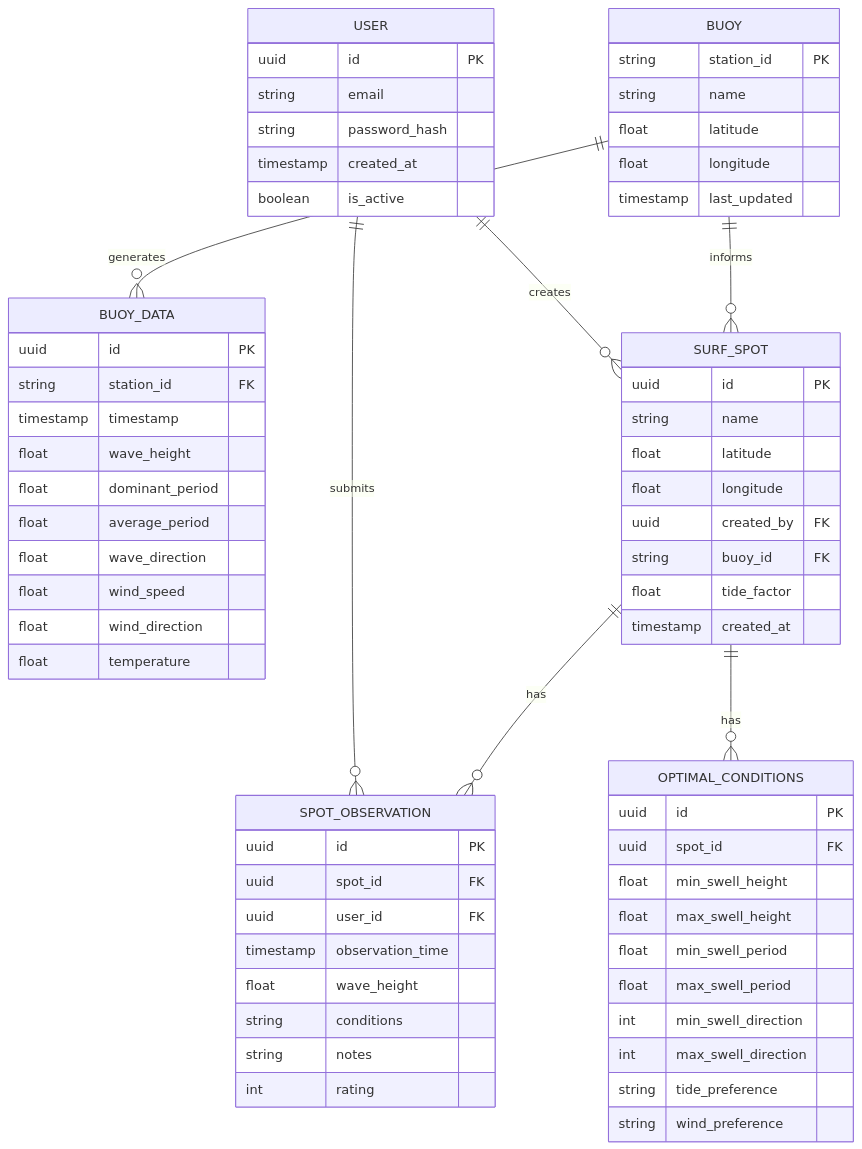
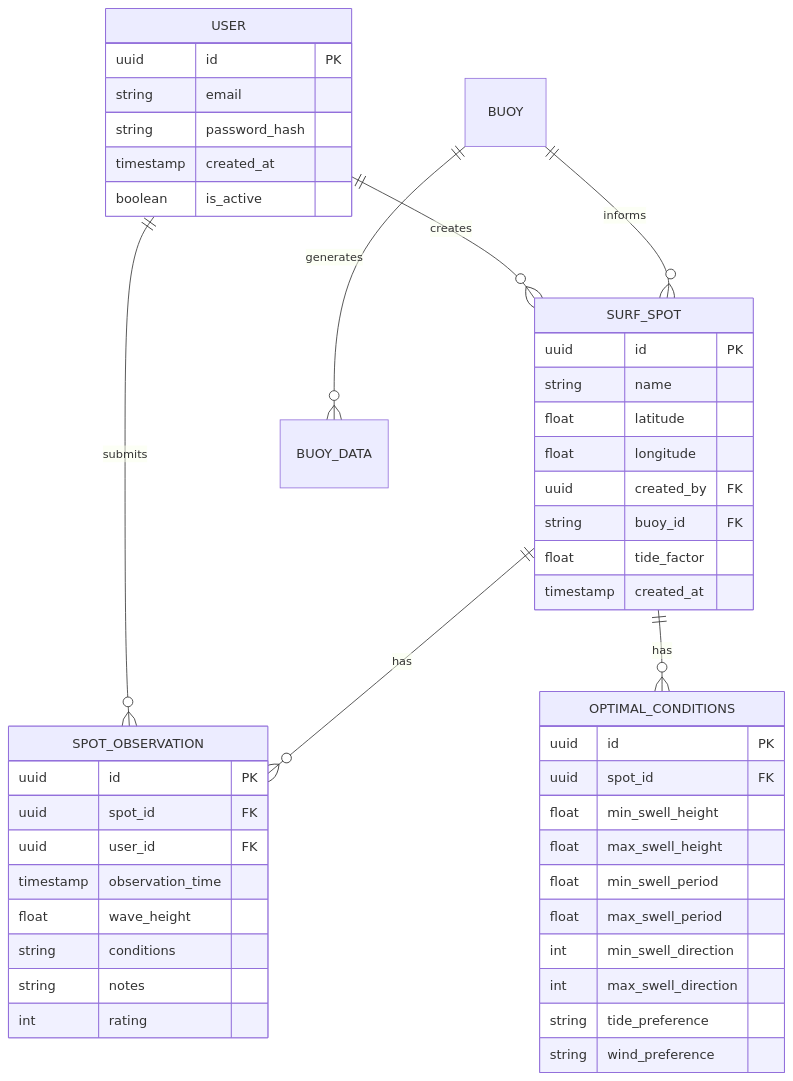
One commit to JoshFarwig/nana-nalu changed the second of 5 diagrams in docs/surf_app_architecture.md. Above: the diagram before and after it, drawn with Mermaid. The commit also changed other lines of this file and 3 other files, not shown here.

````diff
--- a/docs/surf_app_architecture.md
+++ b/docs/surf_app_architecture.md
@@ -64,73 +63,52 @@
 ```mermaid
 erDiagram
     USER {
         uuid id PK
         string email
         string password_hash
         timestamp created_at
         boolean is_active
-    }
-    
-    BUOY {
-        string station_id PK
-        string name
-        float latitude
-        float longitude
-        timestamp last_updated
-    }
-    
-    BUOY_DATA {
-        uuid id PK
-        string station_id FK
-        timestamp timestamp
-        float wave_height
-        float dominant_period
-        float average_period
-        float wave_direction
-        float wind_speed
-        float wind_direction
-        float temperature
     }
     
     SURF_SPOT {
         uuid id PK
         string name
         float latitude
         float longitude
         uuid created_by FK
         string buoy_id FK
         float tide_factor
         timestamp created_at
     }
     
     SPOT_OBSERVATION {
         uuid id PK
         uuid spot_id FK
         uuid user_id FK
         timestamp observation_time
         float wave_height
         string conditions
         string notes
         int rating
     }
     
     OPTIMAL_CONDITIONS {
         uuid id PK
         uuid spot_id FK
         float min_swell_height
         float max_swell_height
         float min_swell_period
         float max_swell_period
         int min_swell_direction
         int max_swell_direction
         string tide_preference
         string wind_preference
     }
     
     USER ||--o{ SURF_SPOT : creates
     USER ||--o{ SPOT_OBSERVATION : submits
     SURF_SPOT ||--o{ SPOT_OBSERVATION : has
     SURF_SPOT ||--o{ OPTIMAL_CONDITIONS : has
     BUOY ||--o{ BUOY_DATA : generates
     BUOY ||--o{ SURF_SPOT : informs
 ```
````
